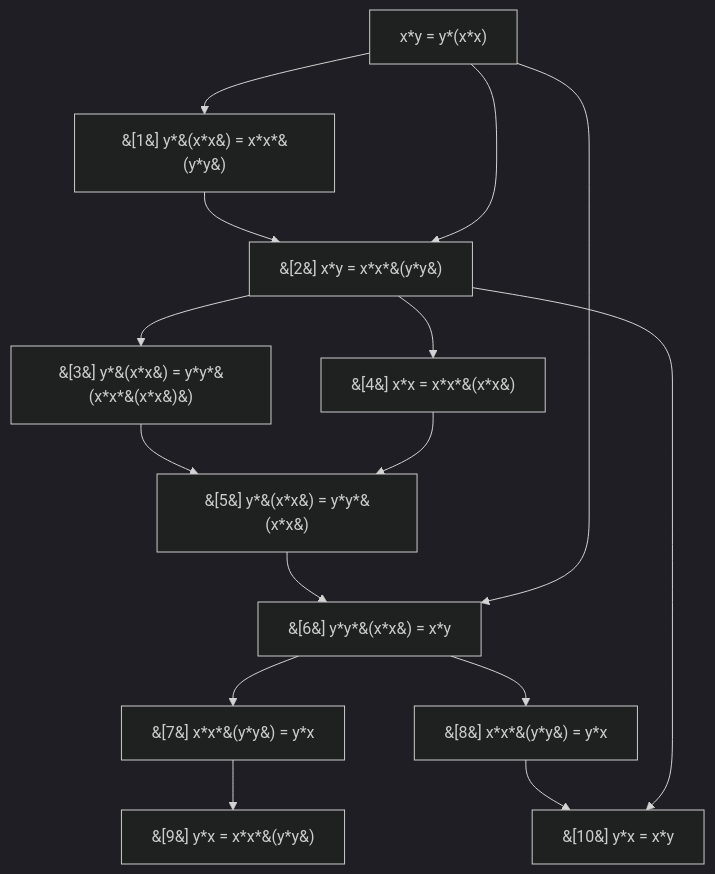
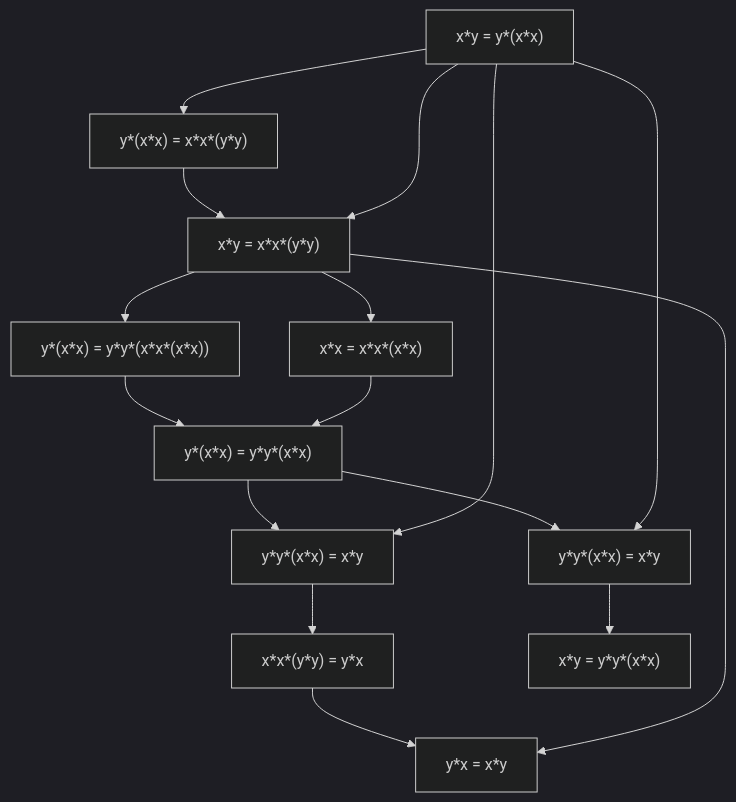
The diagram in commute.md (osick/magmaexplorer), drawn with Mermaid (dark theme) before and after one commit. The commit also changed other lines of this file and 3 other files, not shown here.

Commit message:
better graph fix

````diff
--- a/commute.md
+++ b/commute.md
@@ -26,28 +26,29 @@
 ```mermaid
 graph TD
     n0["x*y = y*(x*x)"]
-    n1["&#91;1&#93; y*&#40;x*x&#41; = x*x*&#40;y*y&#41;"]
-    n2["&#91;2&#93; x*y = x*x*&#40;y*y&#41;"]
-    n3["&#91;3&#93; y*&#40;x*x&#41; = y*y*&#40;x*x*&#40;x*x&#41;&#41;"]
-    n4["&#91;4&#93; x*x = x*x*&#40;x*x&#41;"]
-    n5["&#91;5&#93; y*&#40;x*x&#41; = y*y*&#40;x*x&#41;"]
-    n6["&#91;6&#93; y*y*&#40;x*x&#41; = x*y"]
-    n7["&#91;7&#93; x*x*&#40;y*y&#41; = y*x"]
-    n8["&#91;8&#93; x*x*&#40;y*y&#41; = y*x"]
-    n9["&#91;9&#93; y*x = x*x*&#40;y*y&#41;"]
-    n10["&#91;10&#93; y*x = x*y"]
+    n1["y*(x*x) = x*x*(y*y)"]
+    n2["x*y = x*x*(y*y)"]
+    n3["y*(x*x) = y*y*(x*x*(x*x))"]
+    n4["x*x = x*x*(x*x)"]
+    n5["y*(x*x) = y*y*(x*x)"]
+    n6["y*y*(x*x) = x*y"]
+    n7["y*y*(x*x) = x*y"]
+    n8["x*x*(y*y) = y*x"]
+    n9["x*y = y*y*(x*x)"]
+    n10["y*x = x*y"]
     n0 --> n1
     n1 --> n2
     n0 --> n2
     n2 --> n3
     n2 --> n4
     n3 --> n5
     n4 --> n5
     n5 --> n6
     n0 --> n6
-    n6 --> n7
+    n5 --> n7
+    n0 --> n7
     n6 --> n8
     n7 --> n9
     n8 --> n10
     n2 --> n10
 ```
````
